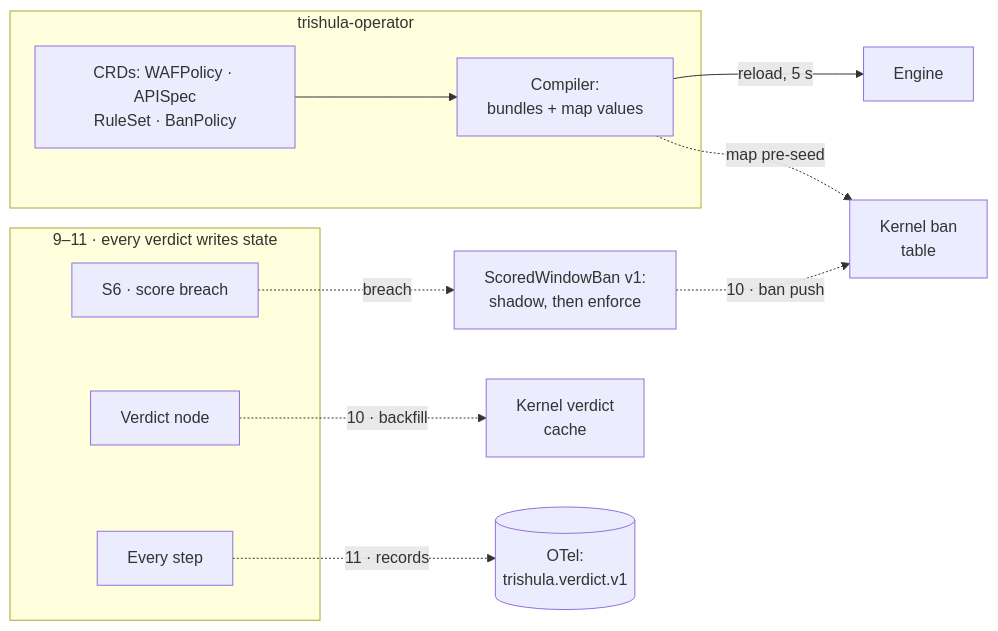
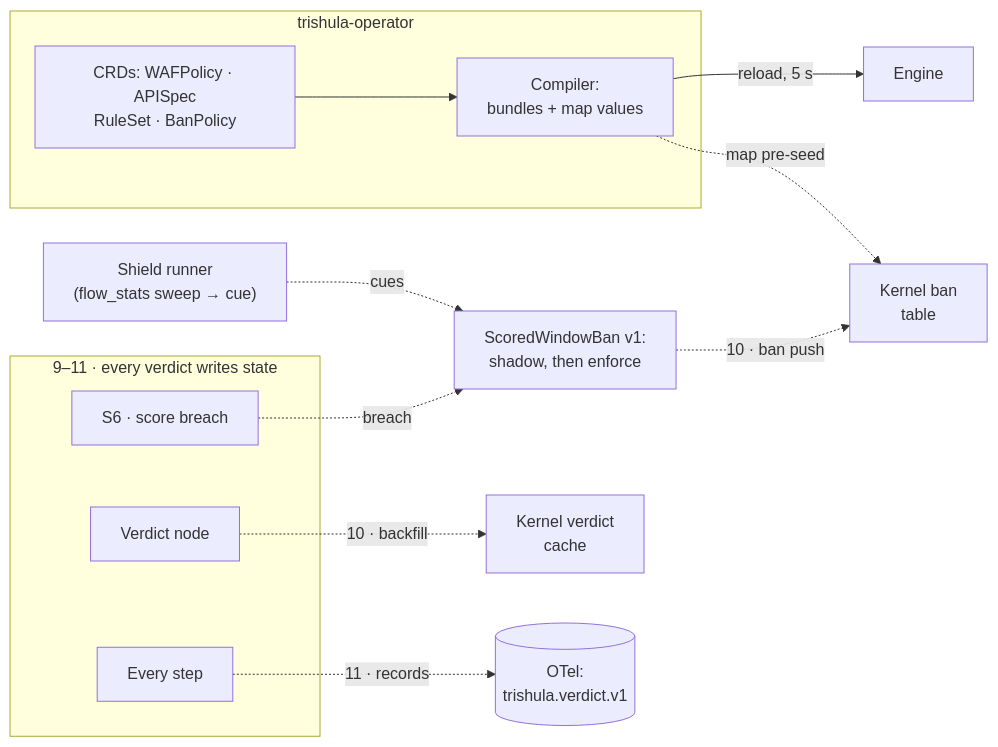
Before and after one commit to trishula-dev/trishula-website: the fourth of 5 diagrams in index.qmd, drawn with Mermaid. The commit also changed other lines of this file and 2 other files, not shown here.

Commit message:
docs(recipes): TR-195 recipes 9 and 10 — the manual ban rule and the shield DoS runner; the GA-track roadmap row; the diagrams state the shipped shapes (#71)

````diff
--- a/index.qmd
+++ b/index.qmd
@@ -161,25 +161,26 @@
 ```{mermaid}
 %%| label: fig-state
 %%| fig-cap: "The state returns: bans travel kernel-ward; verdicts backfill the cache; every step records telemetry; the operator supplies bundles and seeds the maps. Back to [the edge](#fig-kernel)."
 flowchart LR
     subgraph SRC["9–11 · every verdict writes state"]
         S6X["S6 · score breach"]
         VX["Verdict node"]
         LDX["Every step"]
     end
 
     SWB["ScoredWindowBan v1:<br/>shadow, then enforce"]
     S6X -.->|breach| SWB
+    DOS["Shield runner<br/>(flow_stats sweep → cue)"] -.->|"cues"| SWB
     SWB -.->|"10 · ban push"| KB["Kernel ban<br/>table"]
     VX -.->|"10 · backfill"| KC["Kernel verdict<br/>cache"]
     LDX -.->|"11 · records"| TEL[("OTel:<br/>trishula.verdict.v1")]
 
     subgraph CP["trishula-operator"]
         CRD["CRDs: WAFPolicy · APISpec<br/>RuleSet · BanPolicy"] --> COMP["Compiler:<br/>bundles + map values"]
     end
     COMP -->|"reload, 5 s"| ENG["Engine"]
     COMP -.->|"map pre-seed"| KB
 
     click KB "#fig-kernel" "The kernel plane"
     click ENG "#fig-gateway" "The engine"
 ```
````
